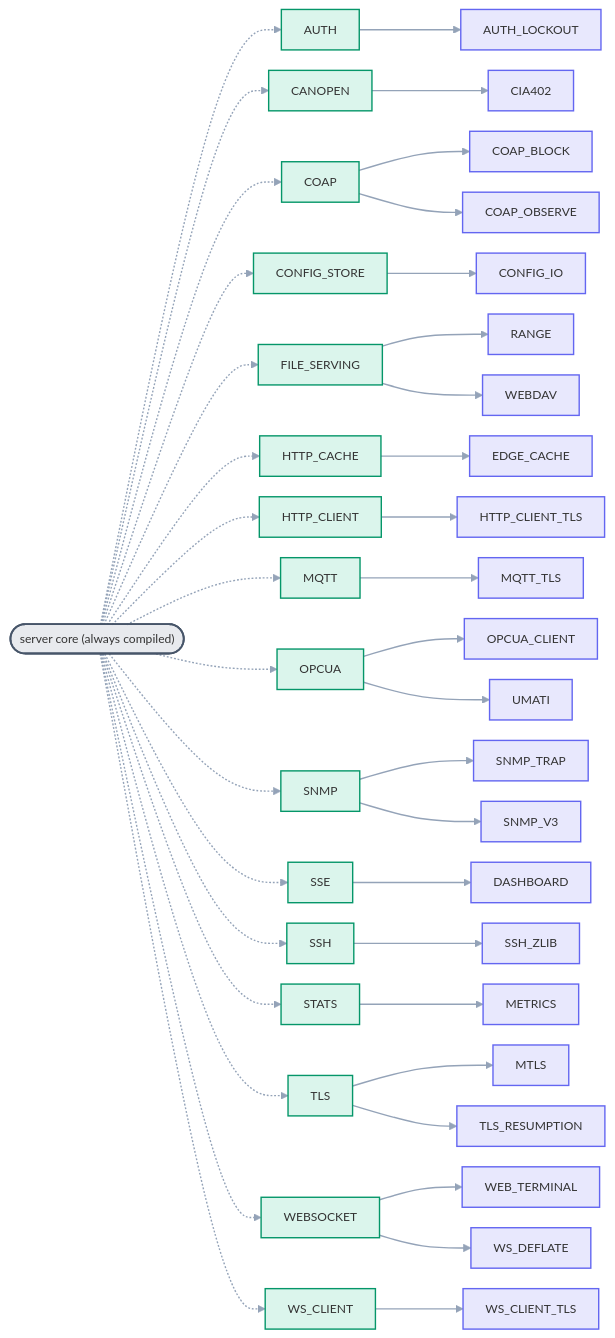
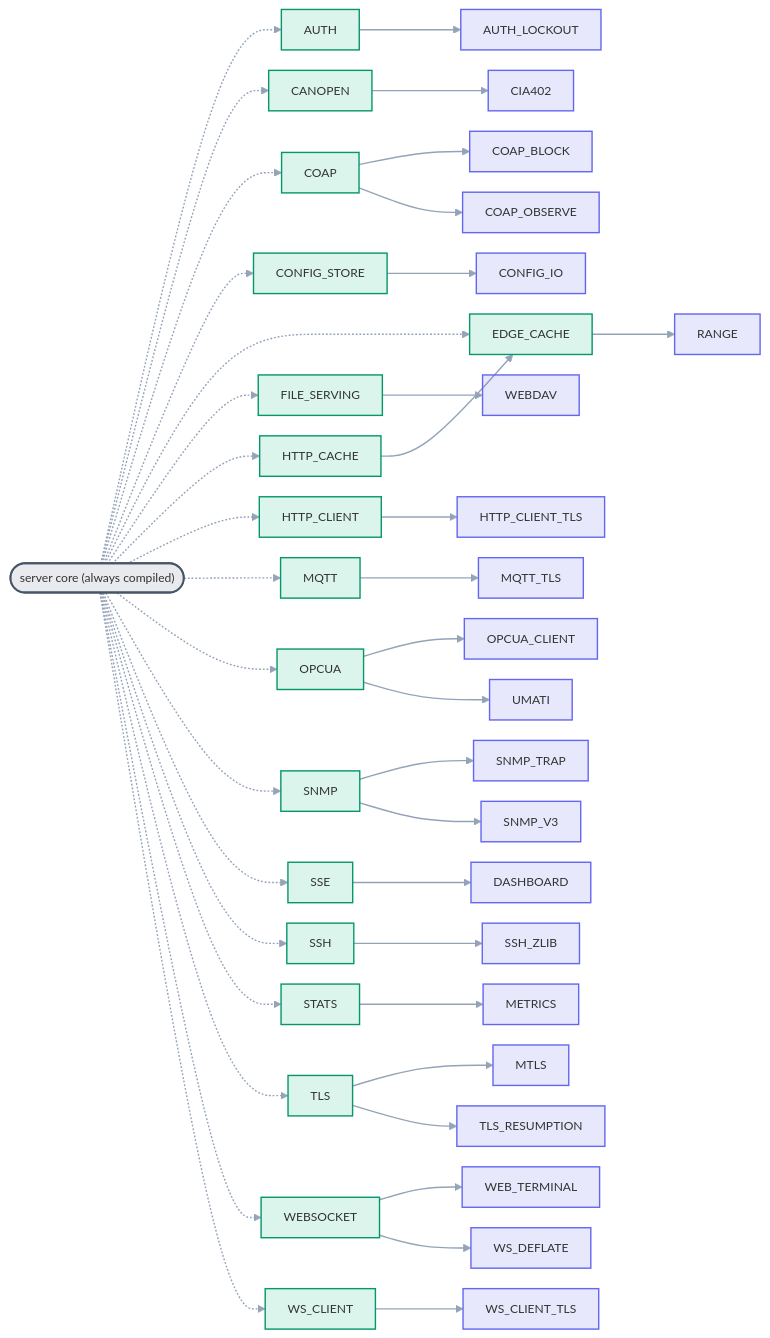
The diagram in docs/diagrams/flag_deps.mmd (dstroy0/DeterministicESPAsyncWebServer), drawn with Mermaid before and after one commit. The commit also changed 5 other files, not shown here.

```diff
--- a/docs/diagrams/flag_deps.mmd
+++ b/docs/diagrams/flag_deps.mmd
@@ -1,93 +1,94 @@
 %%{init: {'themeVariables':{'fontFamily':'monospace','fontSize':'13px','lineColor':'#94a3b8'},'flowchart':{'htmlLabels':false,'curve':'basis','nodeSpacing':22,'rankSpacing':75,'padding':12,'useMaxWidth':false}}}%%
 flowchart LR
   %% Optional feature families hang off the always-compiled core (dotted = optional, NOT
   %% a dependency); within a family a solid A --> B means B requires A (a hard #error).
   %% Auto-generated from the #error / #if guards in src/ServerConfig.h.
 
   CORE(["server core (always compiled)"])
   AUTH["AUTH"]
   CANOPEN["CANOPEN"]
   COAP["COAP"]
   CONFIG_STORE["CONFIG_STORE"]
+  EDGE_CACHE["EDGE_CACHE"]
   FILE_SERVING["FILE_SERVING"]
   HTTP_CACHE["HTTP_CACHE"]
   HTTP_CLIENT["HTTP_CLIENT"]
   MQTT["MQTT"]
   OPCUA["OPCUA"]
   SNMP["SNMP"]
   SSE["SSE"]
   SSH["SSH"]
   STATS["STATS"]
   TLS["TLS"]
   WEBSOCKET["WEBSOCKET"]
   WS_CLIENT["WS_CLIENT"]
   AUTH_LOCKOUT["AUTH_LOCKOUT"]
   CIA402["CIA402"]
   COAP_BLOCK["COAP_BLOCK"]
   COAP_OBSERVE["COAP_OBSERVE"]
   CONFIG_IO["CONFIG_IO"]
   DASHBOARD["DASHBOARD"]
-  EDGE_CACHE["EDGE_CACHE"]
   HTTP_CLIENT_TLS["HTTP_CLIENT_TLS"]
   METRICS["METRICS"]
   MQTT_TLS["MQTT_TLS"]
   MTLS["MTLS"]
   OPCUA_CLIENT["OPCUA_CLIENT"]
   RANGE["RANGE"]
   SNMP_TRAP["SNMP_TRAP"]
   SNMP_V3["SNMP_V3"]
   SSH_ZLIB["SSH_ZLIB"]
   TLS_RESUMPTION["TLS_RESUMPTION"]
   UMATI["UMATI"]
   WEBDAV["WEBDAV"]
   WEB_TERMINAL["WEB_TERMINAL"]
   WS_CLIENT_TLS["WS_CLIENT_TLS"]
   WS_DEFLATE["WS_DEFLATE"]
 
   CORE -.-> AUTH
   CORE -.-> CANOPEN
   CORE -.-> COAP
   CORE -.-> CONFIG_STORE
+  CORE -.-> EDGE_CACHE
   CORE -.-> FILE_SERVING
   CORE -.-> HTTP_CACHE
   CORE -.-> HTTP_CLIENT
   CORE -.-> MQTT
   CORE -.-> OPCUA
   CORE -.-> SNMP
   CORE -.-> SSE
   CORE -.-> SSH
   CORE -.-> STATS
   CORE -.-> TLS
   CORE -.-> WEBSOCKET
   CORE -.-> WS_CLIENT
 
   AUTH --> AUTH_LOCKOUT
   CANOPEN --> CIA402
   COAP --> COAP_BLOCK
   COAP --> COAP_OBSERVE
   CONFIG_STORE --> CONFIG_IO
-  FILE_SERVING --> RANGE
+  EDGE_CACHE --> RANGE
   FILE_SERVING --> WEBDAV
   HTTP_CACHE --> EDGE_CACHE
   HTTP_CLIENT --> HTTP_CLIENT_TLS
   MQTT --> MQTT_TLS
   OPCUA --> OPCUA_CLIENT
   OPCUA --> UMATI
   SNMP --> SNMP_TRAP
   SNMP --> SNMP_V3
   SSE --> DASHBOARD
   SSH --> SSH_ZLIB
   STATS --> METRICS
   TLS --> MTLS
   TLS --> TLS_RESUMPTION
   WEBSOCKET --> WEB_TERMINAL
   WEBSOCKET --> WS_DEFLATE
   WS_CLIENT --> WS_CLIENT_TLS
 
   class CORE core;
-  class AUTH,CANOPEN,COAP,CONFIG_STORE,FILE_SERVING,HTTP_CACHE,HTTP_CLIENT,MQTT,OPCUA,SNMP,SSE,SSH,STATS,TLS,WEBSOCKET,WS_CLIENT parent;
-  class AUTH_LOCKOUT,CIA402,COAP_BLOCK,COAP_OBSERVE,CONFIG_IO,DASHBOARD,EDGE_CACHE,HTTP_CLIENT_TLS,METRICS,MQTT_TLS,MTLS,OPCUA_CLIENT,RANGE,SNMP_TRAP,SNMP_V3,SSH_ZLIB,TLS_RESUMPTION,UMATI,WEBDAV,WEB_TERMINAL,WS_CLIENT_TLS,WS_DEFLATE child;
+  class AUTH,CANOPEN,COAP,CONFIG_STORE,EDGE_CACHE,FILE_SERVING,HTTP_CACHE,HTTP_CLIENT,MQTT,OPCUA,SNMP,SSE,SSH,STATS,TLS,WEBSOCKET,WS_CLIENT parent;
+  class AUTH_LOCKOUT,CIA402,COAP_BLOCK,COAP_OBSERVE,CONFIG_IO,DASHBOARD,HTTP_CLIENT_TLS,METRICS,MQTT_TLS,MTLS,OPCUA_CLIENT,RANGE,SNMP_TRAP,SNMP_V3,SSH_ZLIB,TLS_RESUMPTION,UMATI,WEBDAV,WEB_TERMINAL,WS_CLIENT_TLS,WS_DEFLATE child;
   classDef core fill:#64748b26,stroke:#475569,stroke-width:2px;
   classDef parent fill:#10b98126,stroke:#059669,stroke-width:1.5px;
   classDef child fill:#6366f126,stroke:#6366f1,stroke-width:1.5px;
   linkStyle default stroke-width:1.5px;
```
